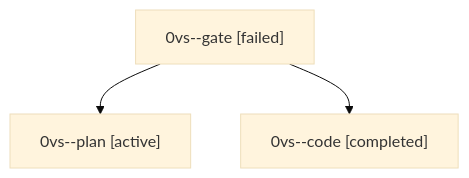
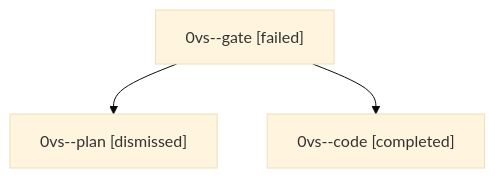
The diagram in sessions/bbugyi200.athena.0vs.md (bobs-org/bob-cli--agents), drawn with Mermaid (base theme) before and after one commit. The commit also changed other lines of this file and 29 other files, not shown here.

````diff
--- a/sessions/bbugyi200.athena.0vs.md
+++ b/sessions/bbugyi200.athena.0vs.md
@@ -9,8 +9,8 @@
 ```mermaid
 flowchart TD
   n0["0vs--gate [failed]"]
-  n1["0vs--plan [active]"]
+  n1["0vs--plan [dismissed]"]
   n0 --> n1
   n2["0vs--code [completed]"]
   n0 --> n2
 ```
````
